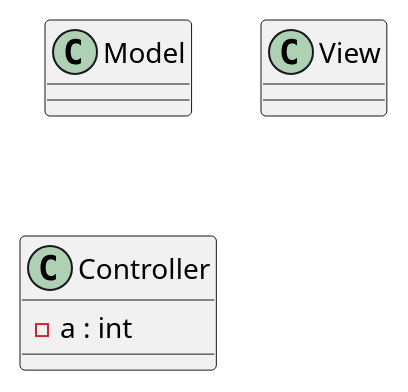
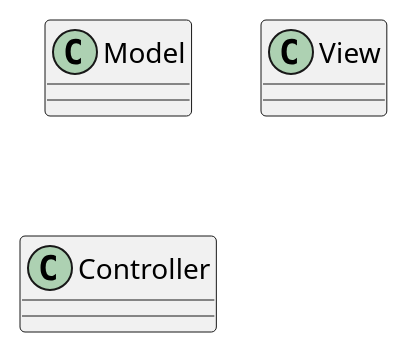
One commit to mathys-guillorit/agon-java changed the diagram in src/UML/BlackBox/classDiagram/GeneralStructure.puml. Above: the diagram before and after it, drawn with PlantUML. The commit also changed 7 other files, not shown here.

```diff
--- a/src/UML/BlackBox/classDiagram/GeneralStructure.puml
+++ b/src/UML/BlackBox/classDiagram/GeneralStructure.puml
@@ -1,9 +1,8 @@
 @startuml
 class Model{
 }
 class View{
 }
 class Controller{
-    - a : int
 }
 @enduml
```
